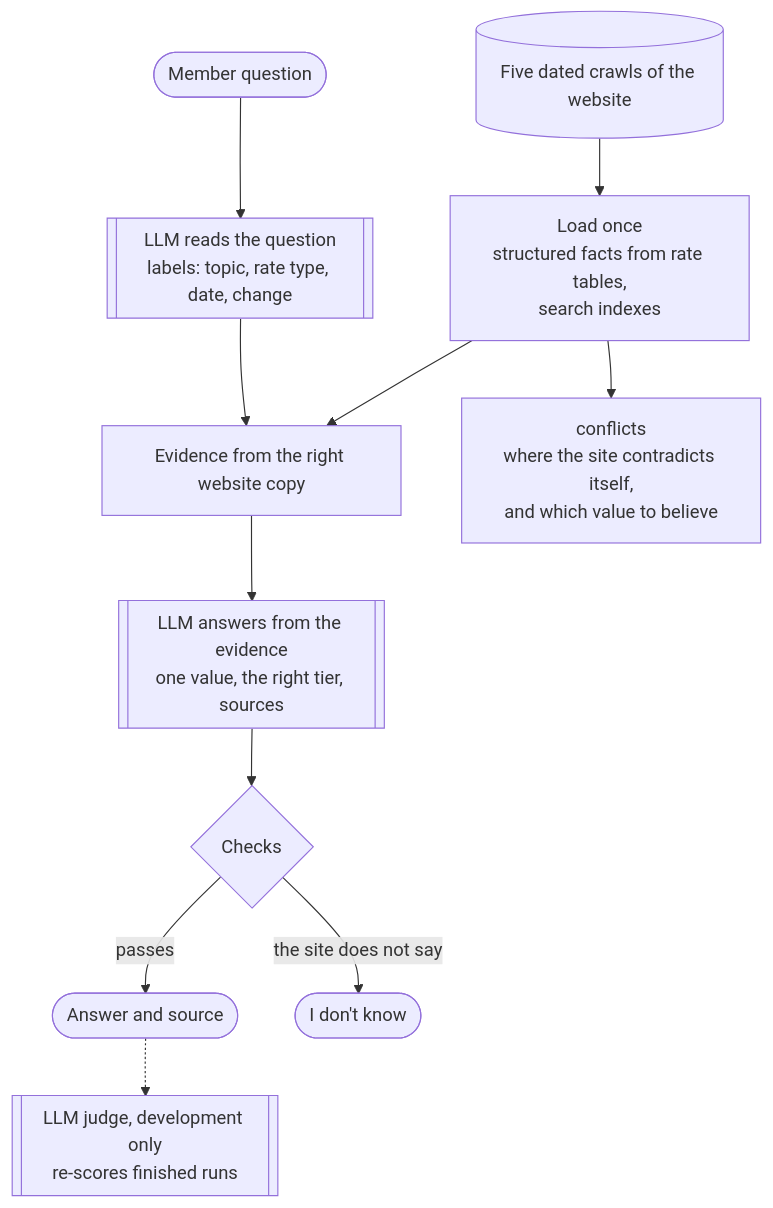
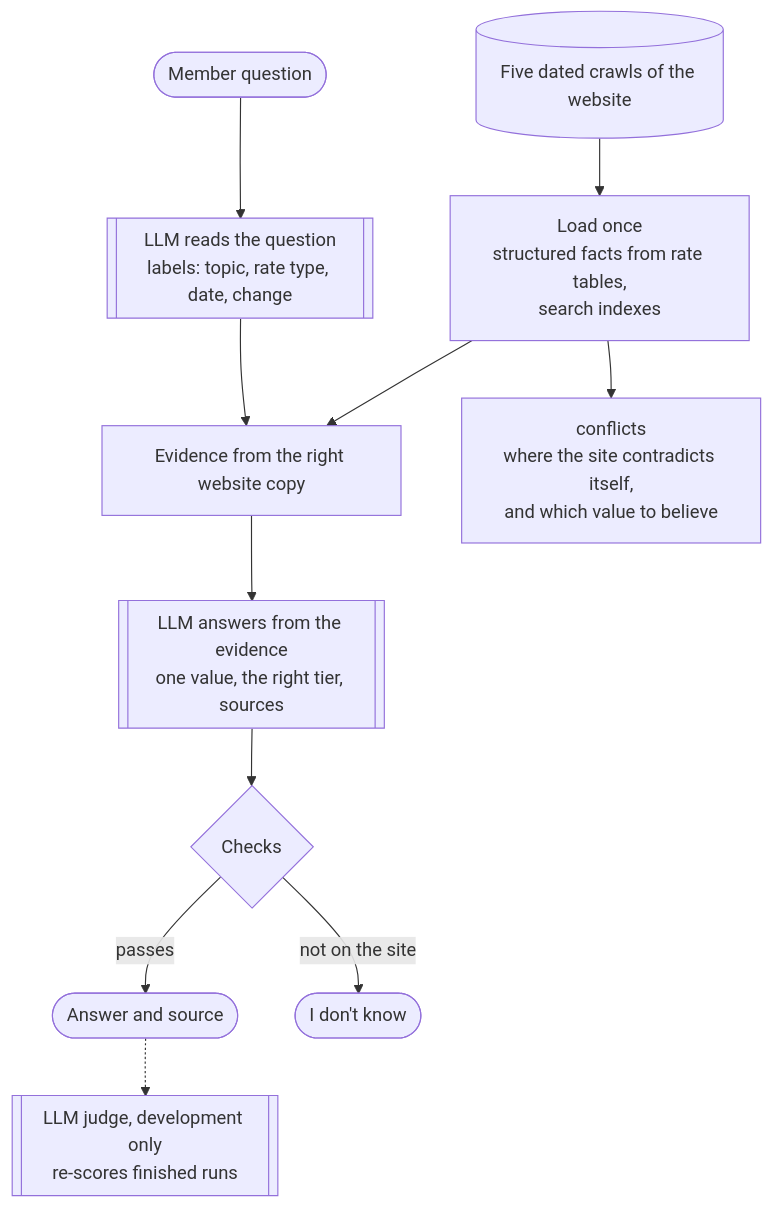
One commit to ajayp/interface-submission changed the diagram in README.md. Above: the diagram before and after it, drawn with Mermaid. The commit also changed 1 other file, not shown here.

Commit message:
Docs: shorten long Mermaid edge labels in workflow.md and README.md
Markdown only. Edge labels longer than about 20 characters were clipped
when rendered ("call fails: 6 s timeout, one r"). Each label is now short and
the detail moved into the node it points to.

workflow.md
- Labels-call failure edge: "fails"; detail in the NOLAB node.
- Answer-call failure edges: "fails"; detail (6 s timeout, one retry) in the ERR node.
- Spelling help to synonym list edge: "looked up".
- Embedding failure edge: "no key or error"; detail in the OFF node.

README.md
- "the site does not say" edge shortened to "not on the site".

````diff
--- a/README.md
+++ b/README.md
@@ -43,13 +43,13 @@
 ```mermaid
 flowchart TD
     S[(Five dated crawls of the website)] --> L[Load once<br/>structured facts from rate tables,<br/>search indexes]
     Q([Member question]) --> U[[LLM reads the question<br/>labels: topic, rate type, date, change]]
     L --> E[Evidence from the right website copy]
     U --> E
     E --> A[[LLM answers from the evidence<br/>one value, the right tier, sources]]
     A --> C{Checks}
     C -- passes --> R([Answer and source])
-    C -- the site does not say --> N([I don't know])
+    C -- not on the site --> N([I don't know])
     L --> X[conflicts<br/>where the site contradicts itself,<br/>and which value to believe]
     R -.-> J[[LLM judge, development only<br/>re-scores finished runs]]
 ```
````
